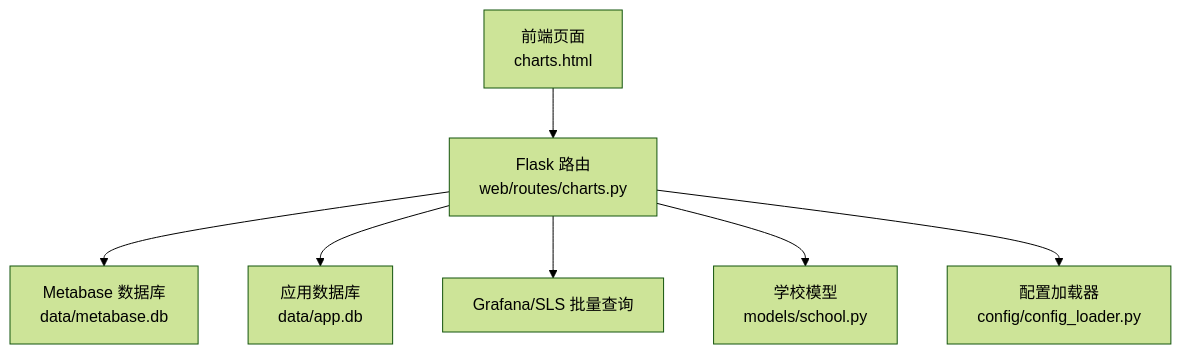
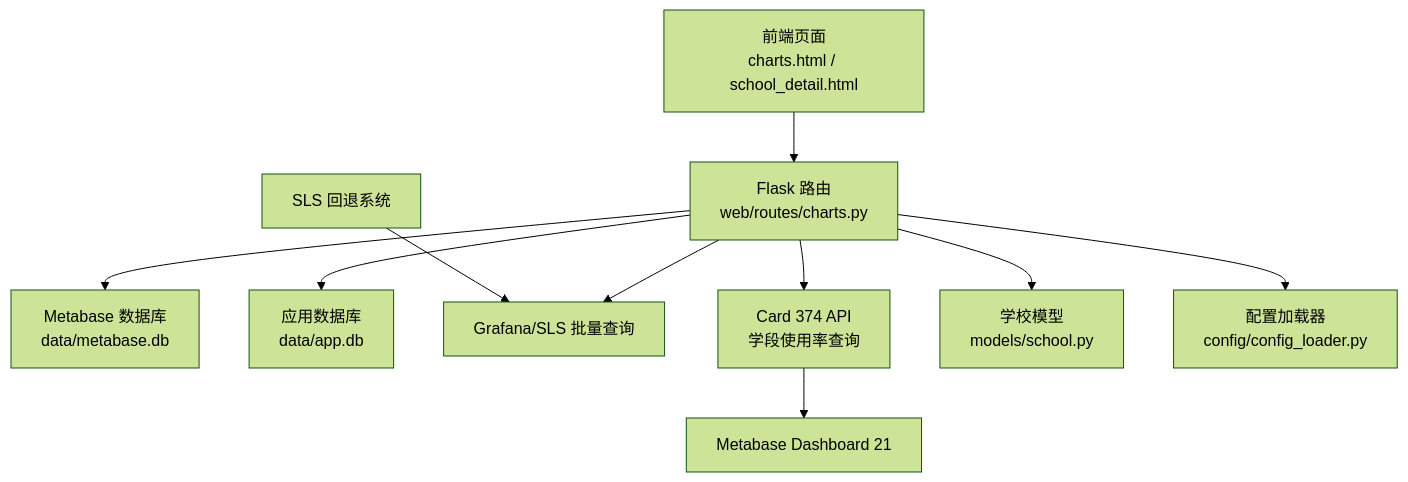
The first of 6 diagrams in .qoder/repowiki/zh/content/Web应用/路由系统/图表分析路由.md (oreovan567-pixel/middle-platform-data-collector), drawn with Mermaid (forest theme) before and after one commit. The commit also changed other lines of this file and 9 other files, not shown here.

````diff
--- a/.qoder/repowiki/zh/content/Web应用/路由系统/图表分析路由.md
+++ b/.qoder/repowiki/zh/content/Web应用/路由系统/图表分析路由.md
@@ -32,9 +41,12 @@
 ```mermaid
 graph TB
-FE["前端页面<br/>charts.html"] --> API["Flask 路由<br/>web/routes/charts.py"]
+FE["前端页面<br/>charts.html / school_detail.html"] --> API["Flask 路由<br/>web/routes/charts.py"]
 API --> MBDB["Metabase 数据库<br/>data/metabase.db"]
 API --> APPDB["应用数据库<br/>data/app.db"]
 API --> GRAFANA["Grafana/SLS 批量查询"]
+API --> CARD374["Card 374 API<br/>学段使用率查询"]
 API --> SCHOOL["学校模型<br/>models/school.py"]
 API --> CONF["配置加载器<br/>config/config_loader.py"]
+CARD374 --> METABASE["Metabase Dashboard 21"]
+SLS["SLS 回退系统"] --> GRAFANA
 ```
````
